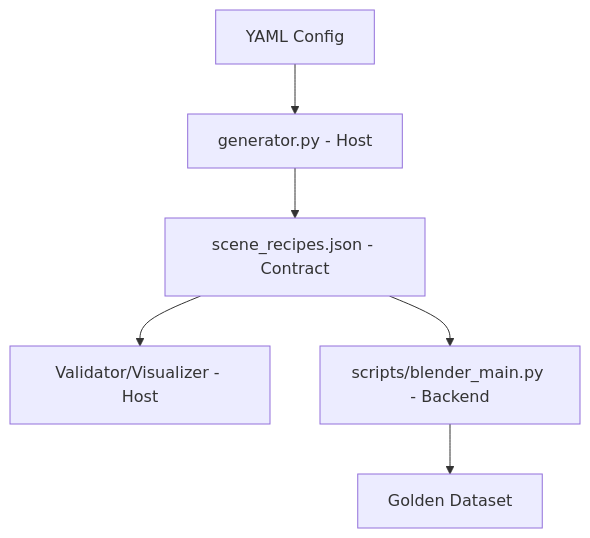
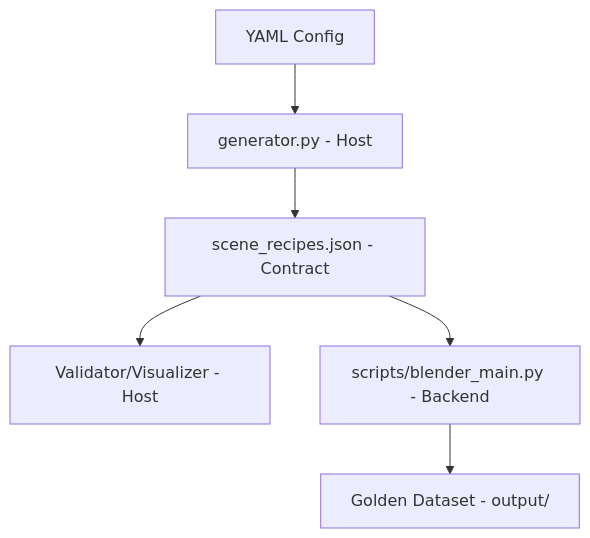
Before and after one commit to NoeFontana/render-tag: the diagram in .agent/rules/architecture.md, drawn with Mermaid. The commit also changed other lines of this file and 18 other files, not shown here.

````diff
--- a/.agent/rules/architecture.md
+++ b/.agent/rules/architecture.md
@@ -30,8 +30,8 @@
 ```mermaid
 graph TD
     Config[YAML Config] --> Generator[generator.py - Host]
     Generator --> Recipe[scene_recipes.json - Contract]
     Recipe --> Validator[Validator/Visualizer - Host]
     Recipe --> Executor[scripts/blender_main.py - Backend]
-    Executor --> Output[Golden Dataset]
+    Executor --> Output[Golden Dataset - output/]
 ```
````
